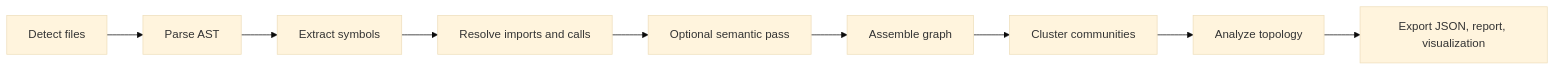
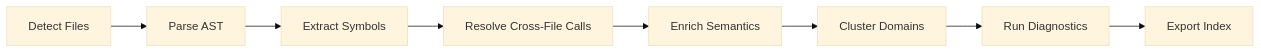
Before and after one commit to lambda-alpha-labs/Graphenium: the second of 2 diagrams in docs/ARCHITECTURE.md, drawn with Mermaid (base theme). The commit also changed other lines of this file and 32 other files, not shown here.

First line of the commit message:
docs: reposition Graphenium as structural containment engine and pre-flight gate

````diff
--- a/docs/ARCHITECTURE.md
+++ b/docs/ARCHITECTURE.md
@@ -80,11 +68,10 @@
 ```mermaid
 graph LR
-    A[Detect files] --> B[Parse AST]
-    B --> C[Extract symbols]
-    C --> D[Resolve imports and calls]
-    D --> E[Optional semantic pass]
-    E --> F[Assemble graph]
-    F --> G[Cluster communities]
-    G --> H[Analyze topology]
-    H --> I[Export JSON, report, visualization]
+    A[Detect Files] --> B[Parse AST]
+    B --> C[Extract Symbols]
+    C --> D[Resolve Cross-File Calls]
+    D --> E[Enrich Semantics]
+    E --> F[Cluster Domains]
+    F --> G[Run Diagnostics]
+    G --> H[Export Index]
 ```
````
